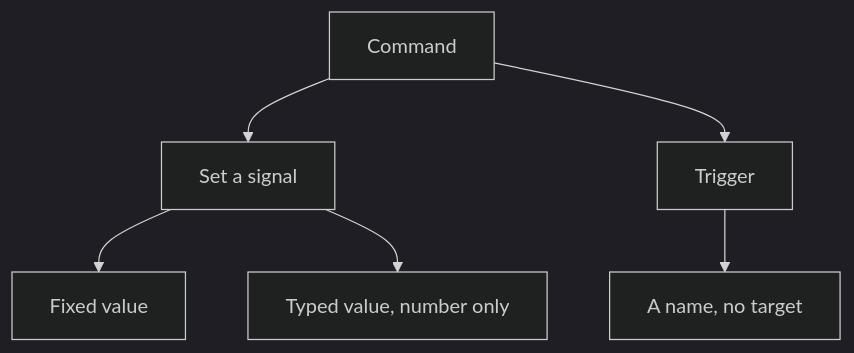
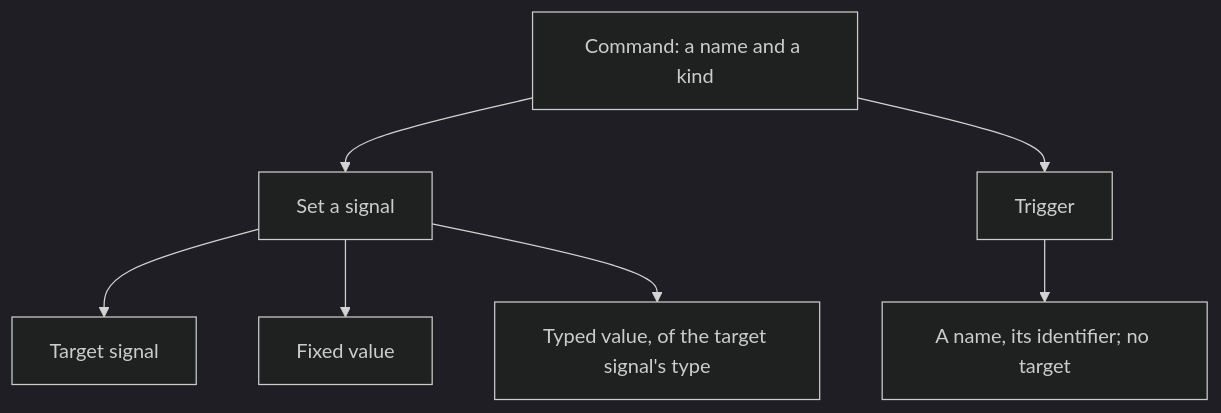
Before and after one commit to AlexandreGallais/synoptic-studio-spec: the first of 3 diagrams in metadata/07-commands.md, drawn with Mermaid (dark theme). The commit also changed other lines of this file and 14 other files, not shown here.

````diff
--- a/metadata/07-commands.md
+++ b/metadata/07-commands.md
@@ -14,8 +16,9 @@
 ```mermaid
 flowchart TD
-    C[Command] --> S[Set a signal]
+    C["Command: a name and a kind"] --> S[Set a signal]
     C --> E[Trigger]
+    S --> TS[Target signal]
     S --> F[Fixed value]
-    S --> T[Typed value, number only]
-    E --> N[A name, no target]
+    S --> T["Typed value, of the target signal's type"]
+    E --> N["A name, its identifier; no target"]
 ```
````
